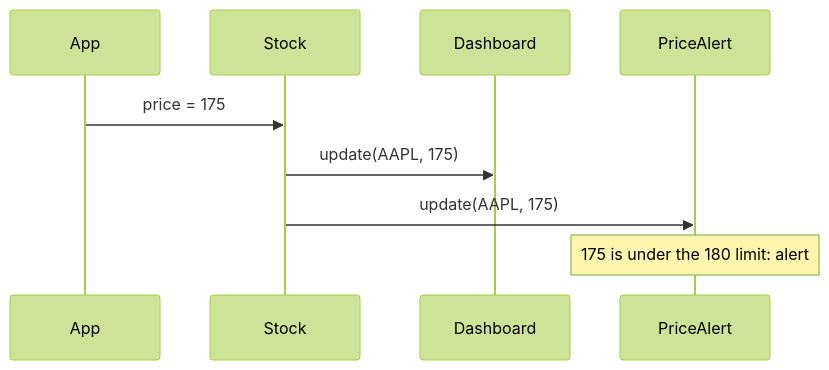
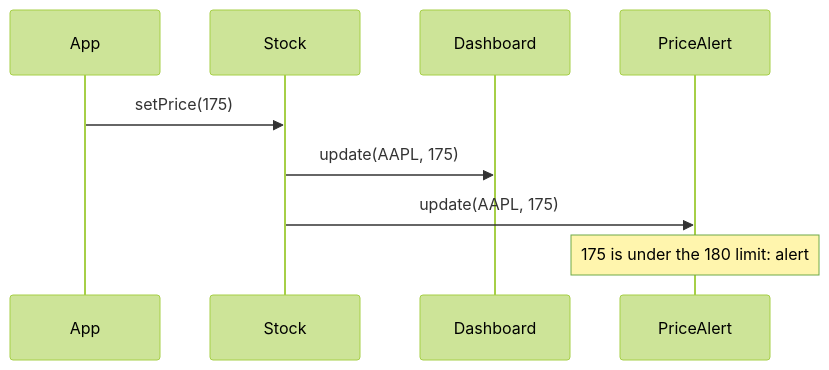
One commit to iamrs77/interview-ready changed the second of 2 diagrams in content/low-level-design/design-patterns/observer.mdx. Above: the diagram before and after it, drawn with Mermaid (forest theme). The commit also changed other lines of this file and 96 other files, not shown here.

````diff
--- a/content/low-level-design/design-patterns/observer.mdx
+++ b/content/low-level-design/design-patterns/observer.mdx
@@ -125,11 +175,11 @@
 ```mermaid
 sequenceDiagram
   participant App
   participant S as Stock
   participant D as Dashboard
   participant A as PriceAlert
-  App->>S: price = 175
+  App->>S: setPrice(175)
   S->>D: update(AAPL, 175)
   S->>A: update(AAPL, 175)
   Note over A: 175 is under the 180 limit: alert
 ```
````
